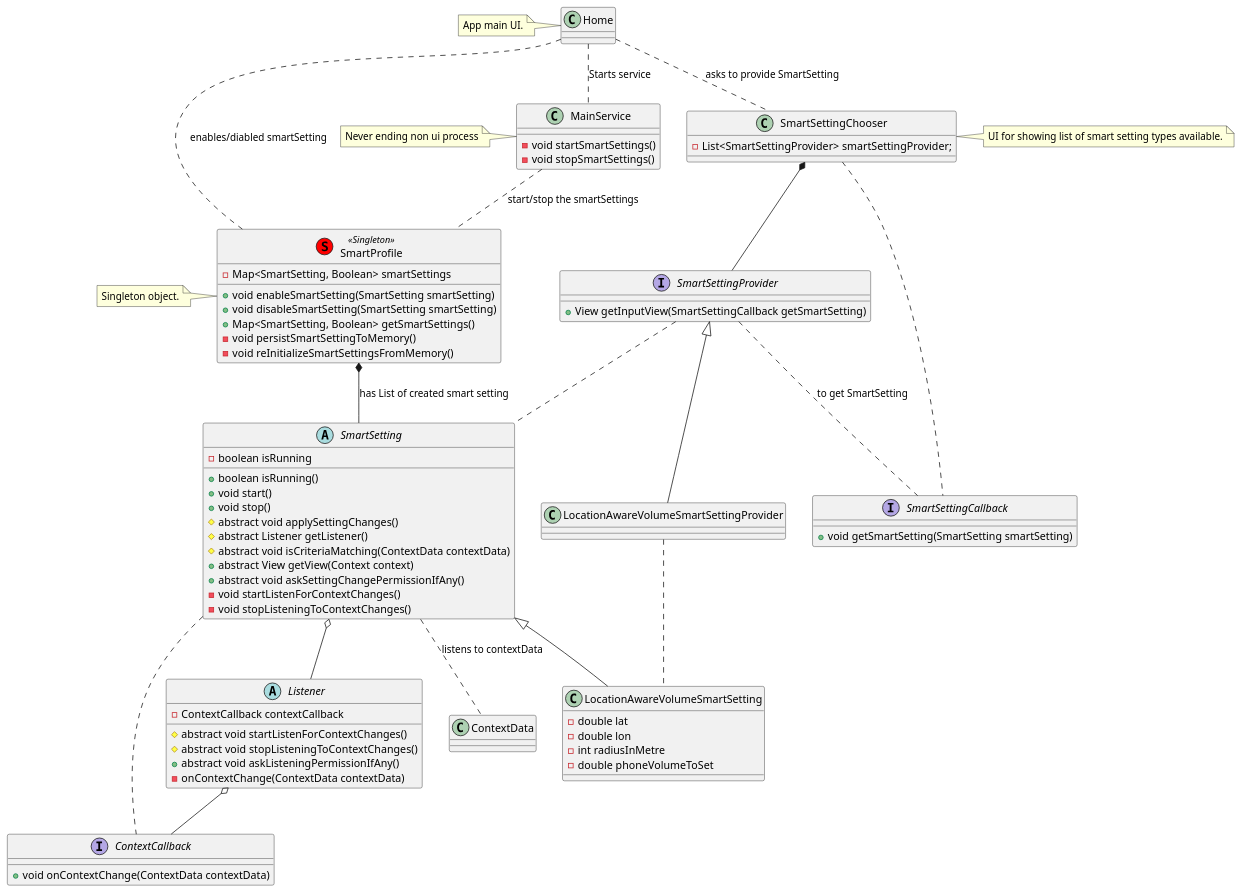
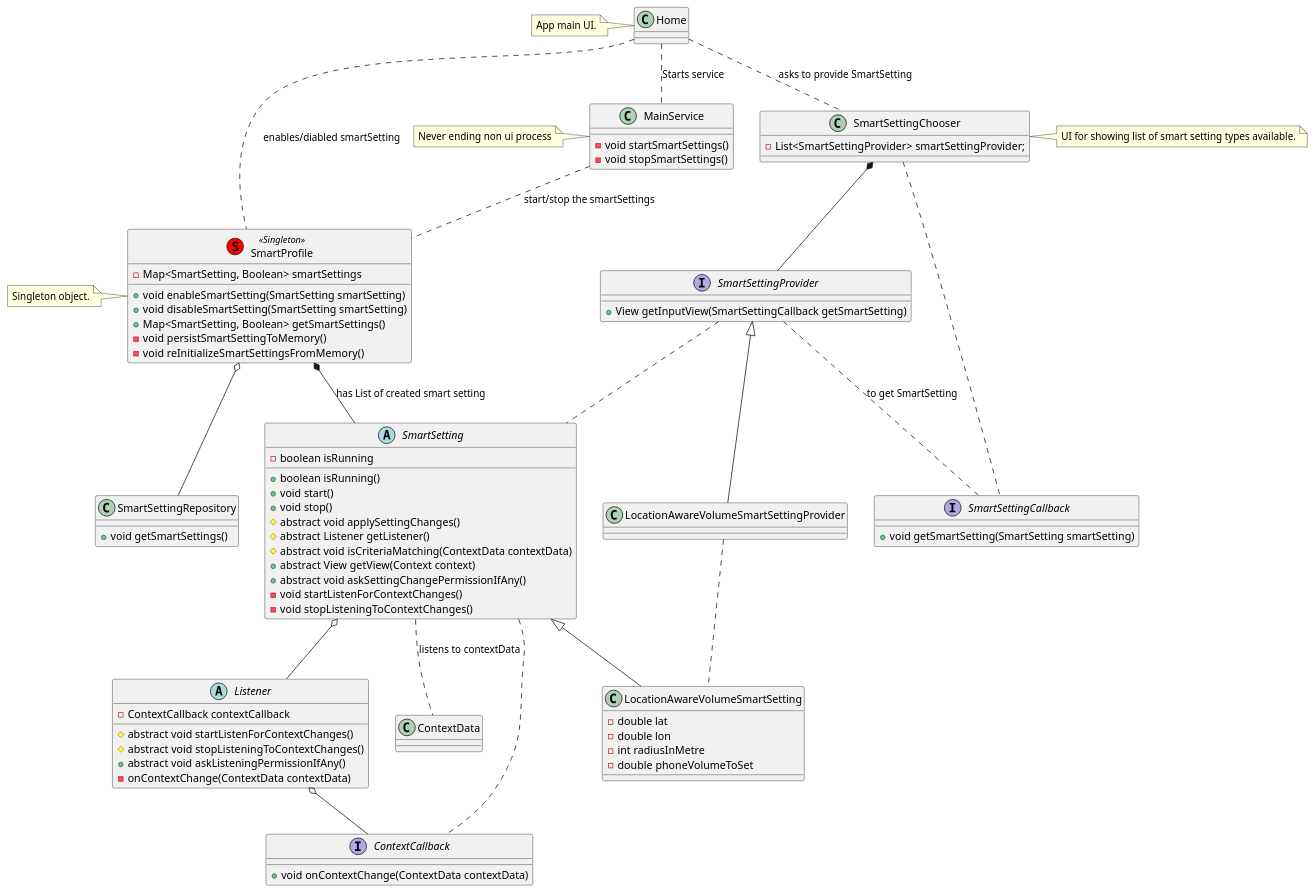
The diagram in MDD/class_diagram.puml (praslnx8/SmartSettings), drawn with PlantUML before and after one commit. The commit also changed 1 other file, not shown here.

Commit message:
Updated class diagram

```diff
--- a/MDD/class_diagram.puml
+++ b/MDD/class_diagram.puml
@@ -1,123 +1,129 @@
 @startuml
 
 class ContextData {
 
 }
 
 abstract class SmartSetting {
     - boolean isRunning
     + boolean isRunning()
     + void start()
     + void stop()
     # abstract void applySettingChanges()
     # abstract Listener getListener()
     # abstract void isCriteriaMatching(ContextData contextData)
     + abstract View getView(Context context)
     + abstract void askSettingChangePermissionIfAny()
     - void startListenForContextChanges()
     - void stopListeningToContextChanges()
 }
 
 interface ContextCallback {
     + void onContextChange(ContextData contextData)
 }
 
 abstract class Listener {
     - ContextCallback contextCallback
     # abstract void startListenForContextChanges()
     # abstract void stopListeningToContextChanges()
     + abstract void askListeningPermissionIfAny()
     - onContextChange(ContextData contextData)
 }
 
 Listener o-- ContextCallback
 
 SmartSetting .. ContextCallback
 
 SmartSetting o-- Listener
 
 SmartSetting .. ContextData : listens to contextData
 
 interface SmartSettingProvider {
     + View getInputView(SmartSettingCallback getSmartSetting)
 }
 
 interface SmartSettingCallback {
     + void getSmartSetting(SmartSetting smartSetting)
 }
 
 
 SmartSettingProvider .. SmartSettingCallback : to get SmartSetting
 
 SmartSettingChooser .. SmartSettingCallback
 
 SmartSettingProvider .. SmartSetting
 
 class SmartProfile <<(S,red) Singleton>> {
     - Map<SmartSetting, Boolean> smartSettings
     + void enableSmartSetting(SmartSetting smartSetting)
     + void disableSmartSetting(SmartSetting smartSetting)
     + Map<SmartSetting, Boolean> getSmartSettings()
     - void persistSmartSettingToMemory()
     - void reInitializeSmartSettingsFromMemory()
 }
 
 note left of SmartProfile
 Singleton object.
 end note
 
 SmartProfile *-- SmartSetting : has List of created smart setting
 
 class SmartSettingChooser {
     - List<SmartSettingProvider> smartSettingProvider;
 }
 
 note right of SmartSettingChooser
 UI for showing list of smart setting types available.
 end note
 
 SmartSettingChooser *-- SmartSettingProvider
 
 
 class Home {
 
 }
 
 note left of Home {
     App main UI.
 }
 
 Home .. SmartProfile : enables/diabled smartSetting
 Home .. SmartSettingChooser : asks to provide SmartSetting
 
 class MainService {
     - void startSmartSettings()
     - void stopSmartSettings()
 }
 
 note left of MainService
 Never ending non ui process
 end note
 
 MainService .. SmartProfile : start/stop the smartSettings
 
 Home .. MainService : Starts service
 
 
 class LocationAwareVolumeSmartSetting {
     - double lat
     - double lon
     - int radiusInMetre
     - double phoneVolumeToSet
 }
 
 SmartSetting <|-- LocationAwareVolumeSmartSetting
 
 class LocationAwareVolumeSmartSettingProvider {
 }
 
 SmartSettingProvider <|-- LocationAwareVolumeSmartSettingProvider
 
 LocationAwareVolumeSmartSettingProvider .. LocationAwareVolumeSmartSetting
 
+class SmartSettingRepository {
+    + void getSmartSettings()
+}
+
+SmartProfile o-- SmartSettingRepository
+
 @enduml
```
